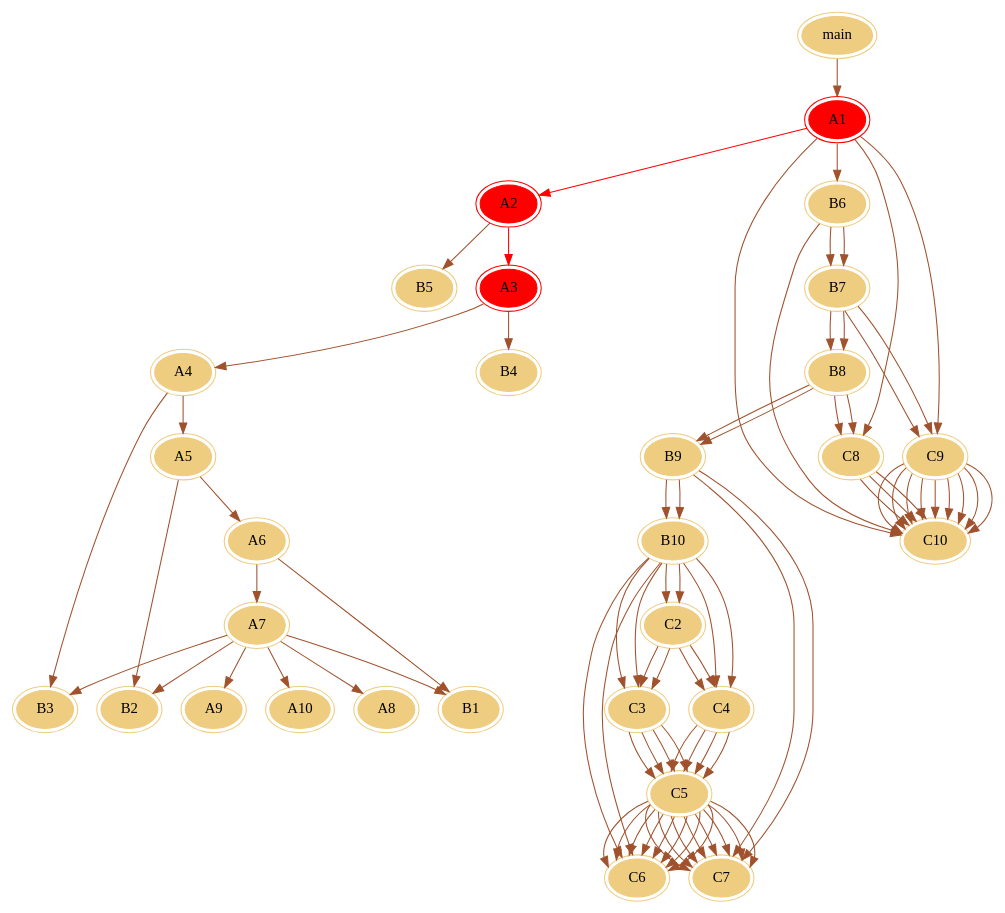
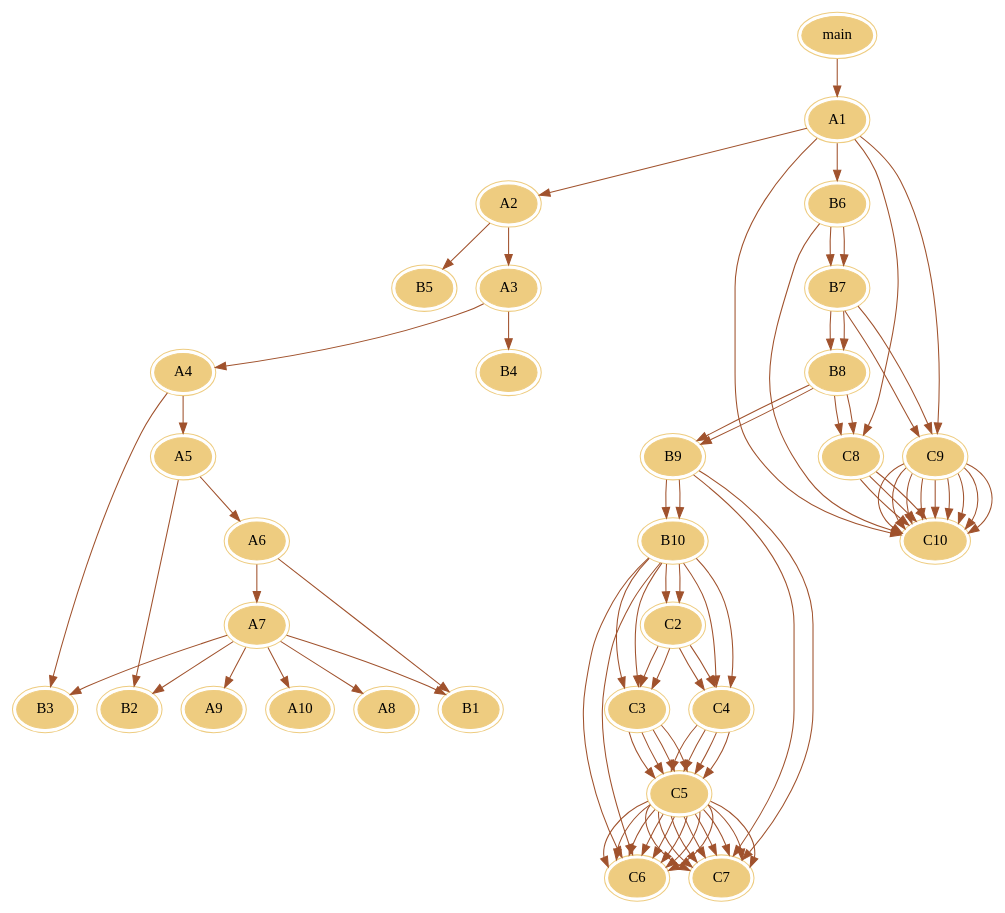
The diagram in out/dot/match.dot (carsonshan/AspectJIdea), drawn with Graphviz before and after one commit. The commit also changed 3 other files, not shown here.

```diff
--- a/out/dot/match.dot
+++ b/out/dot/match.dot
@@ -1,93 +1,91 @@
 digraph G {
     /*初始化节点和边的颜色*/
     node [peripheries=2 style=filled color="#eecc80"]
     edge [color="sienna" fontcolor="green"]
 main -> A1;
-A1 -> A2[color=red];
-A2 -> A3[color=red];
+A1 -> A2;
+A2 -> A3;
 A3 -> A4;
 A4 -> A5;
 A5 -> A6;
 A6 -> A7;
 A7 -> A8;
 A7 -> A9;
 A7 -> A10;
 A7 -> B1;
 A7 -> B2;
 A7 -> B3;
 A6 -> B1;
 A5 -> B2;
 A4 -> B3;
 A3 -> B4;
 A2 -> B5;
 A1 -> B6;
 B6 -> B7;
 B7 -> B8;
 B8 -> B9;
 B9 -> B10;
 B10 -> C2;
 C2 -> C3;
 C3 -> C5;
 C5 -> C6;
 C5 -> C7;
 C2 -> C4;
 C4 -> C5;
 C5 -> C6;
 C5 -> C7;
 B10 -> C3;
 C3 -> C5;
 C5 -> C6;
 C5 -> C7;
 B10 -> C4;
 C4 -> C5;
 C5 -> C6;
 C5 -> C7;
 B10 -> C6;
 B9 -> C7;
 B8 -> C8;
 C8 -> C10;
 B7 -> C9;
 C9 -> C10;
 C9 -> C10;
 C9 -> C10;
 B6 -> B7;
 B7 -> B8;
 B8 -> B9;
 B9 -> B10;
 B10 -> C2;
 C2 -> C3;
 C3 -> C5;
 C5 -> C6;
 C5 -> C7;
 C2 -> C4;
 C4 -> C5;
 C5 -> C6;
 C5 -> C7;
 B10 -> C3;
 C3 -> C5;
 C5 -> C6;
 C5 -> C7;
 B10 -> C4;
 C4 -> C5;
 C5 -> C6;
 C5 -> C7;
 B10 -> C6;
 B9 -> C7;
 B8 -> C8;
 C8 -> C10;
 B7 -> C9;
 C9 -> C10;
 C9 -> C10;
 C9 -> C10;
 B6 -> C10;
 A1 -> C10;
 A1 -> C9;
 C9 -> C10;
 C9 -> C10;
 C9 -> C10;
 A1 -> C8;
 C8 -> C10;
-A1[color=red];
-A2[color=red];
-A3[color=red];
+
 }
```
